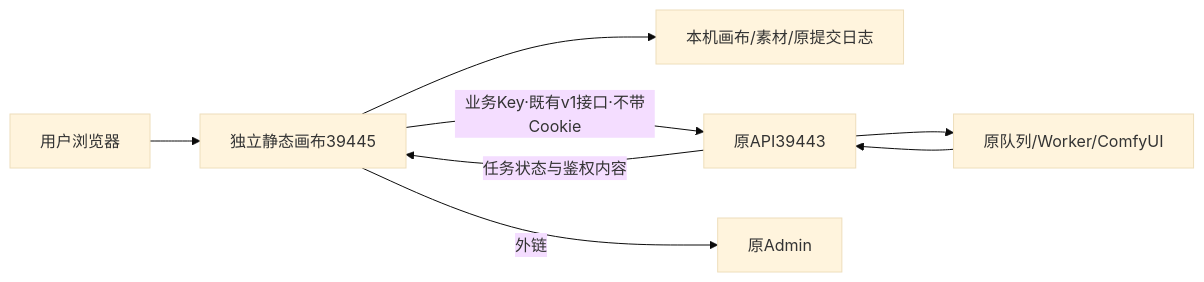
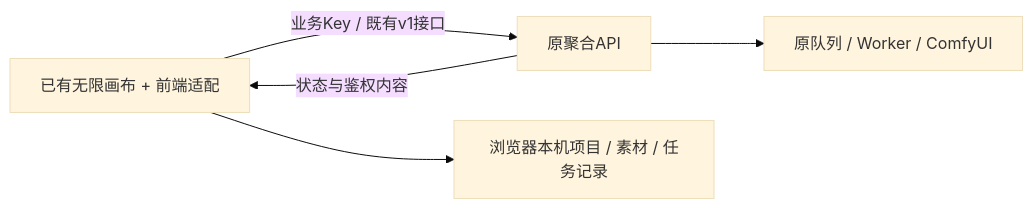
One commit to copypasteltd/comfyUI-aggregator-proxy changed the diagram in README.md. Above: the diagram before and after it, drawn with Mermaid (base theme). The commit also changed other lines of this file and 32 other files, not shown here.

````diff
--- a/README.md
+++ b/README.md
@@ -63,10 +15,7 @@
 ```mermaid
 flowchart LR
-  U[用户浏览器] --> S[独立静态画布39445]
-  S --> L[本机画布/素材/原提交日志]
-  S -->|业务Key·既有v1接口·不带Cookie| A[原API39443]
-  A --> Q[原队列/Worker/ComfyUI]
-  Q --> A
-  A -->|任务状态与鉴权内容| S
-  S -->|外链| M[原Admin]
+    W[已有无限画布 + 前端适配] -->|业务Key / 既有v1接口| A[原聚合API]
+    A --> G[原队列 / Worker / ComfyUI]
+    A -->|状态与鉴权内容| W
+    W --> L[浏览器本机项目 / 素材 / 任务记录]
 ```
````
